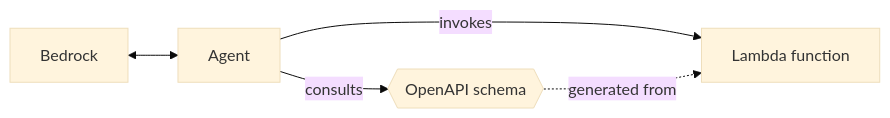
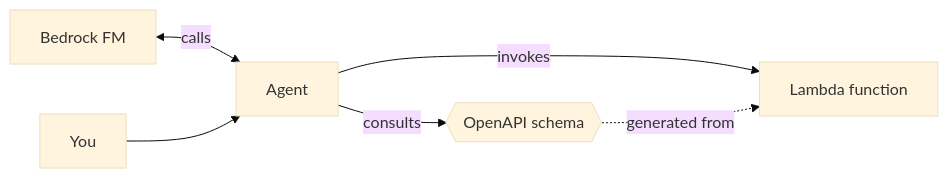
Before and after one commit to aws-powertools/powertools-lambda-python: the diagram in docs/core/event_handler/bedrock_agents.md, drawn with Mermaid (base theme). The commit also changed other lines of this file, not shown here.

````diff
--- a/docs/core/event_handler/bedrock_agents.md
+++ b/docs/core/event_handler/bedrock_agents.md
@@ -17,7 +17,8 @@
 ```mermaid
 flowchart LR
-	Bedrock <--> Agent
+	Bedrock[Bedrock FM] <-- calls --> Agent
+	You --> Agent
 	Agent -- invokes --> Lambda[Lambda function]
 	Agent -- consults --> OpenAPI{{OpenAPI schema}}
 	OpenAPI -. generated from .-> Lambda
 ```
````
